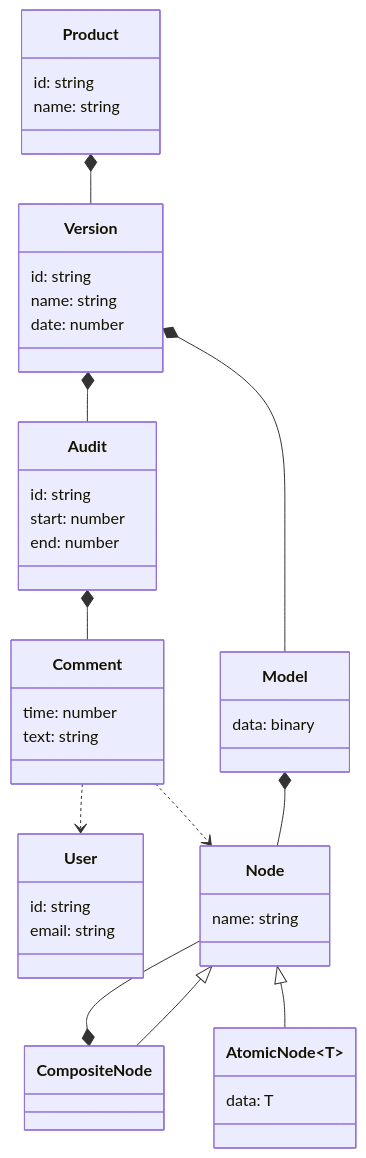
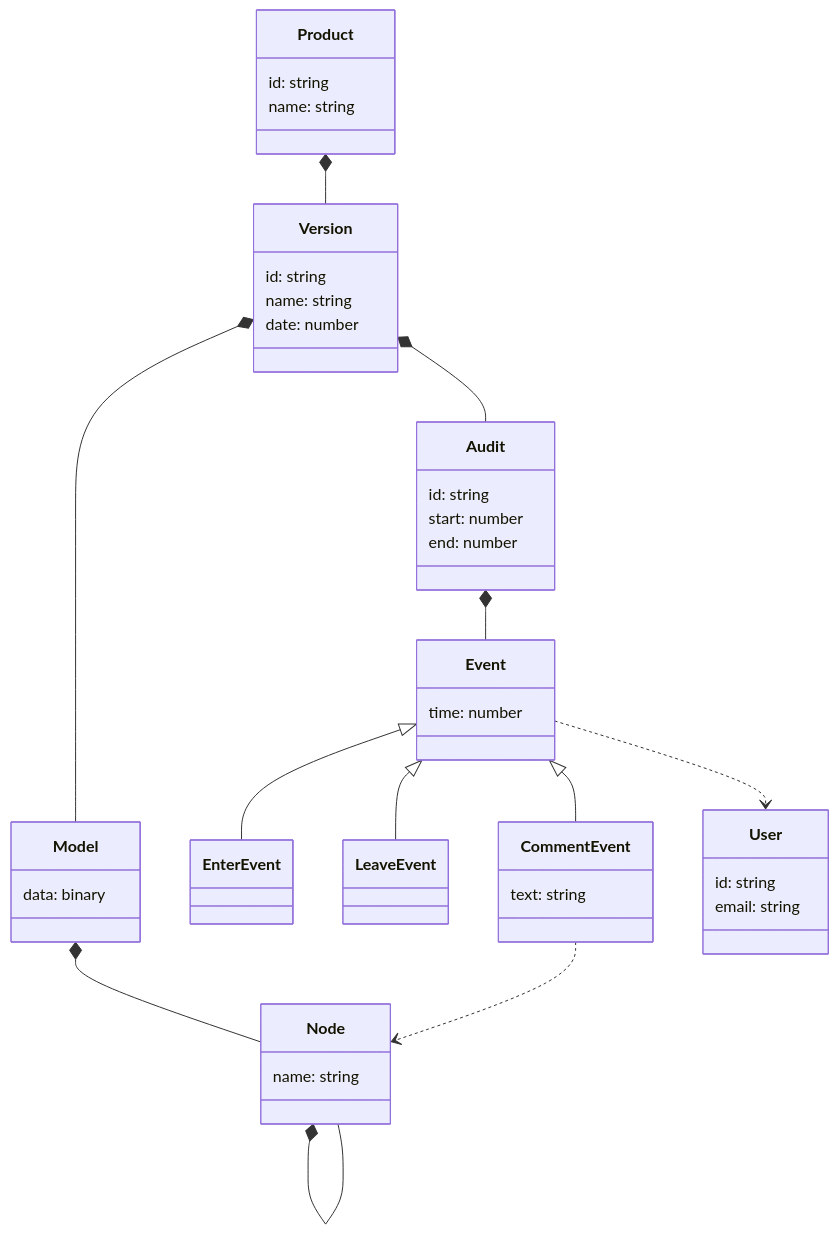
Before and after one commit to ghackenberg/caddrive: the second of 2 diagrams in README.md, drawn with Mermaid.

Commit message:
class diagram updated

````diff
--- a/README.md
+++ b/README.md
@@ -80,47 +80,50 @@
 ```mermaid
 classDiagram
     class User {
         id: string
         email: string
     }
     class Product {
         id: string
         name: string
     }
     class Version {
         id: string
         name: string
         date: number
     }
     class Model {
         data: binary
     }
     class Node {
         name: string
     }
-    class CompositeNode {
-
-    }
-    class AtomicNode~T~ {
-        data: T
-    }
     class Audit {
         id: string
         start: number
         end: number
     }
-    class Comment {
+    class Event {
         time: number
+    }
+    class CommentEvent {
         text: string
+    }
+    class EnterEvent {
+
+    }
+    class LeaveEvent {
+
     }
     Product *-- Version
     Version *-- Model
     Version *-- Audit
     Model *-- Node
-    Node <|-- CompositeNode
-    Node <|-- AtomicNode
-    CompositeNode *-- Node
-    Audit *-- Comment
-    Comment ..> Node
-    Comment ..> User
+    Node *-- Node
+    Audit *-- Event
+    Event <|-- EnterEvent
+    Event <|-- LeaveEvent
+    Event <|-- CommentEvent
+    Event ..> User
+    CommentEvent ..> Node
 ```
````
